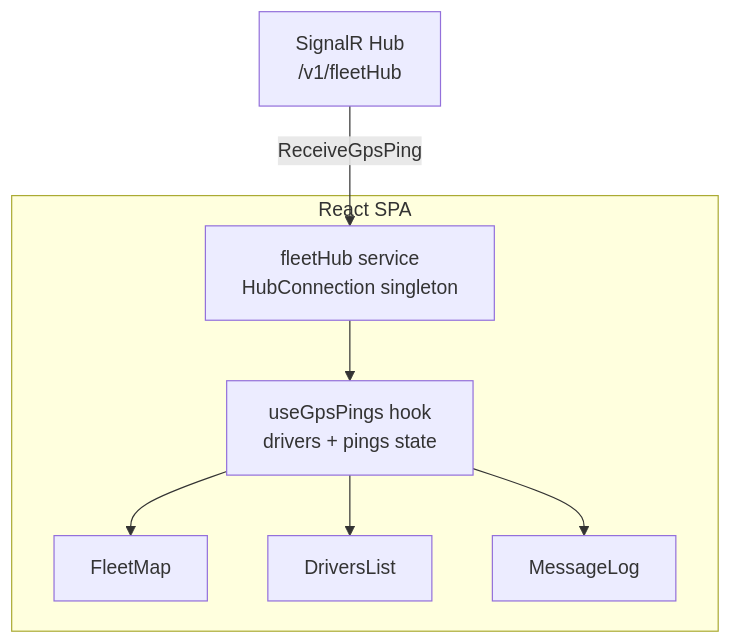
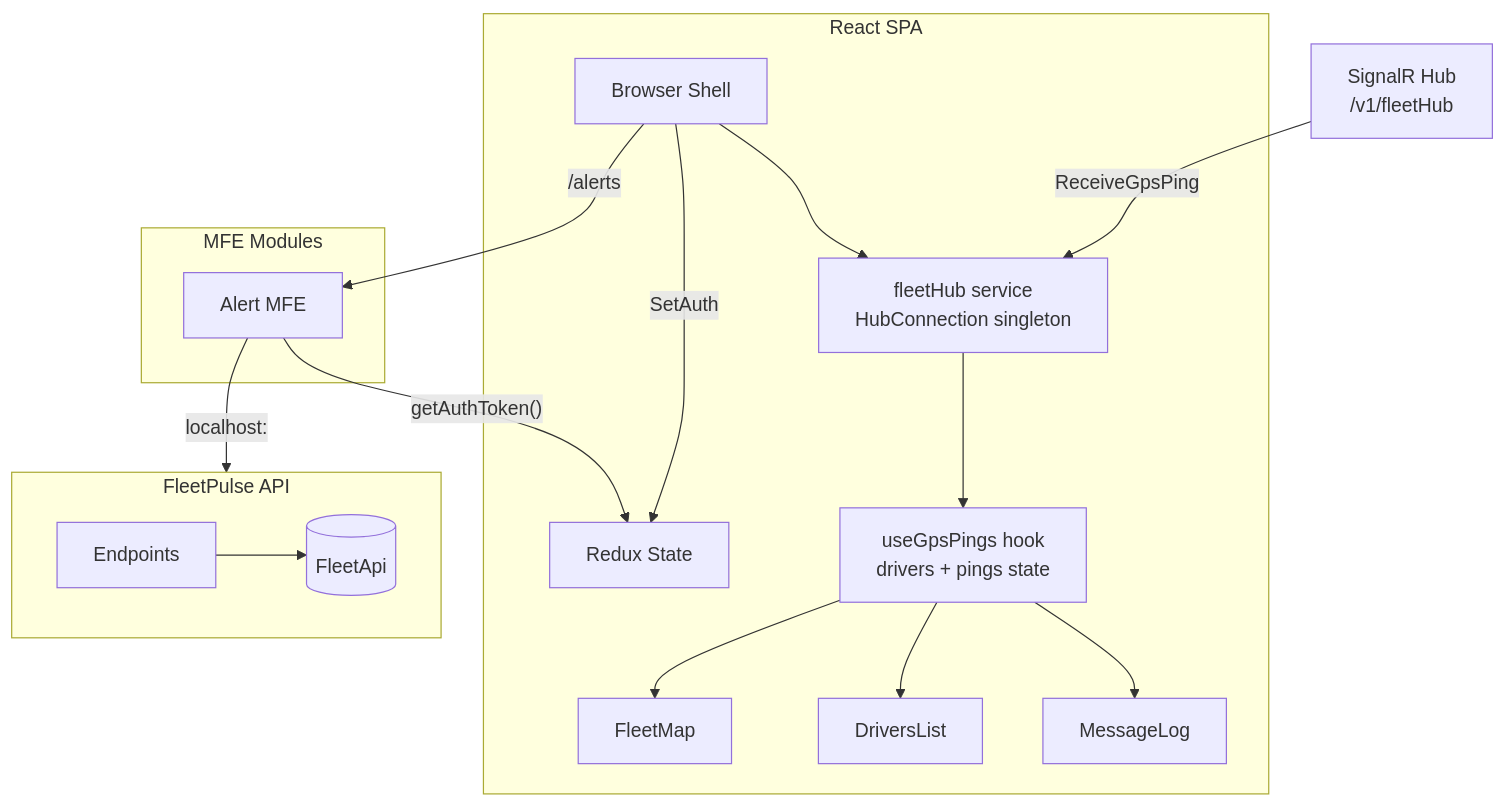
Before and after one commit to josehvaldes/fleetpulsesystem: the diagram in docs/services/frontend.md, drawn with Mermaid. The commit also changed 45 other files, not shown here.

Commit message:
Add a new Alert Management page to be integrated as Micro frontend app with @module-federation/vite

````diff
--- a/docs/services/frontend.md
+++ b/docs/services/frontend.md
@@ -13,19 +13,42 @@
 ```mermaid
 graph TD
 
 Hub[SignalR Hub<br/>/v1/fleetHub]
 
 subgraph Browser[React SPA]
+Shell[Browser Shell]
+Redux[Redux State]
 Service[fleetHub service<br/>HubConnection singleton]
 Hook[useGpsPings hook<br/>drivers + pings state]
 Map[FleetMap]
 List[DriversList]
 Log[MessageLog]
+
 end
 
+Shell --> Service
 Hub -- "ReceiveGpsPing" --> Service
 Service --> Hook
 Hook --> Map
 Hook --> List
 Hook --> Log
+
+subgraph MFE[MFE Modules]
+AlertModule[Alert MFE]
+end
+
+subgraph API[FleetPulse API]
+Endpoints[Endpoints]
+Database[(FleetApi)]
+end
+Endpoints --> Database
+
+Shell -- "/alerts"--> AlertModule
+AlertModule -- "localhost:" --> API
+
+AlertModule -- "getAuthToken()" -->Redux
+Shell -- "SetAuth" --> Redux
+
+
+
 ```
````
